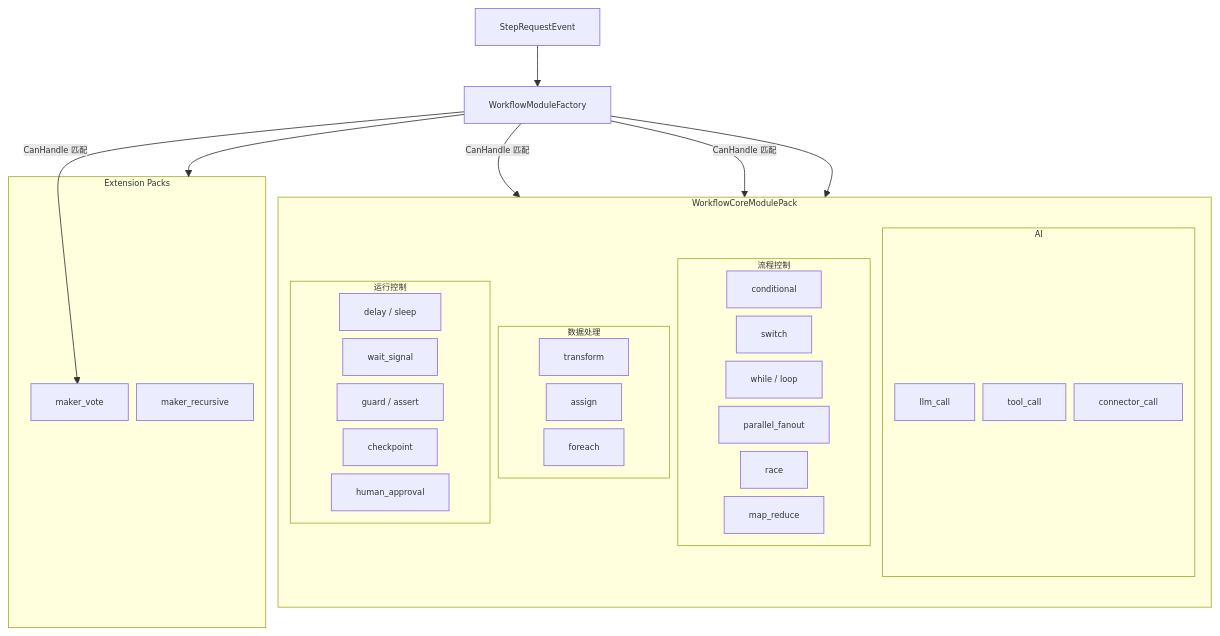
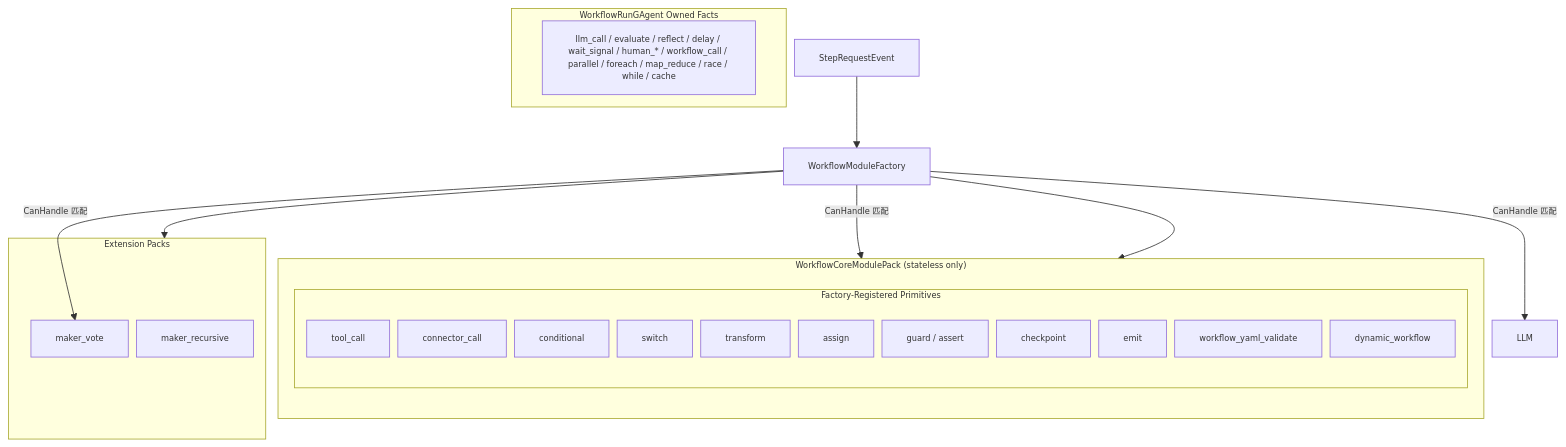
Before and after one commit to aevatarAI/aevatar: the seventh of 19 diagrams in docs/architecture/AEVATAR_MAINNET_ARCHITECTURE.md, drawn with Mermaid. The commit also changed other lines of this file and 92 other files, not shown here.

First line of the commit message:
Refactor workflow architecture to separate definition and run actors

````diff
--- a/docs/architecture/AEVATAR_MAINNET_ARCHITECTURE.md
+++ b/docs/architecture/AEVATAR_MAINNET_ARCHITECTURE.md
@@ -355,44 +359,36 @@
 ```mermaid
 %%{init: {"maxTextSize": 100000, "flowchart": {"useMaxWidth": false, "nodeSpacing": 10, "rankSpacing": 50}, "themeVariables": {"fontSize": "10px"}}}%%
 flowchart TB
-    subgraph core_pack ["WorkflowCoreModulePack"]
+    subgraph core_pack ["WorkflowCoreModulePack (stateless only)"]
         direction TB
-        subgraph ai_modules ["AI"]
-            LLM["llm_call"]
+        subgraph supported_modules ["Factory-Registered Primitives"]
             Tool["tool_call"]
             Conn["connector_call"]
-        end
-        subgraph flow_modules ["流程控制"]
             Cond["conditional"]
             Switch["switch"]
-            While["while / loop"]
-            Parallel["parallel_fanout"]
-            Race["race"]
-            MapReduce["map_reduce"]
-        end
-        subgraph data_modules ["数据处理"]
             Transform["transform"]
             Assign["assign"]
-            ForEach["foreach"]
-        end
-        subgraph control_modules ["运行控制"]
-            Delay["delay / sleep"]
-            Wait["wait_signal"]
             Guard["guard / assert"]
             Checkpoint["checkpoint"]
-            HumanApproval["human_approval"]
+            Emit["emit"]
+            Validate["workflow_yaml_validate"]
+            Dynamic["dynamic_workflow"]
         end
+    end
+
+    subgraph run_owned ["WorkflowRunGAgent Owned Facts"]
+        RunOwned["llm_call / evaluate / reflect / delay / wait_signal / human_* / workflow_call / parallel / foreach / map_reduce / race / while / cache"]
     end
 
     subgraph ext_pack ["Extension Packs"]
         MakerVote["maker_vote"]
         MakerRecursive["maker_recursive"]
     end
 
     Factory["WorkflowModuleFactory"] --> core_pack
     Factory --> ext_pack
     StepReq["StepRequestEvent"] --> Factory
     Factory -->|"CanHandle 匹配"| LLM
     Factory -->|"CanHandle 匹配"| Conn
     Factory -->|"CanHandle 匹配"| MakerVote
 ```
````
